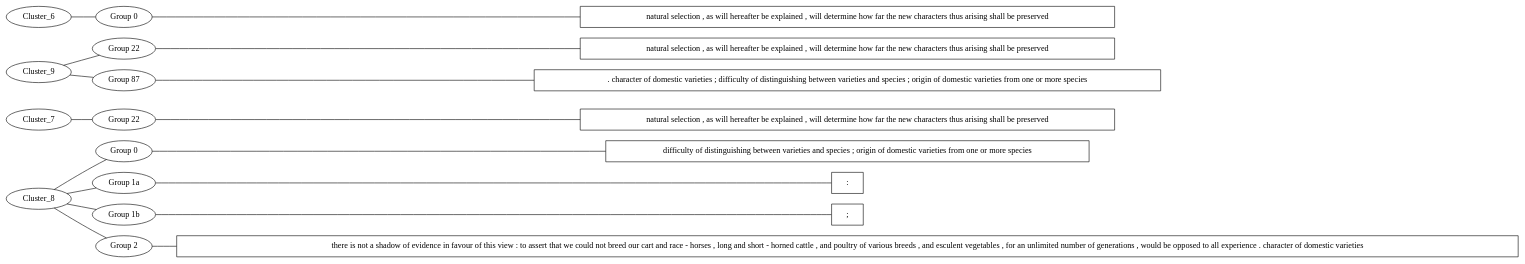
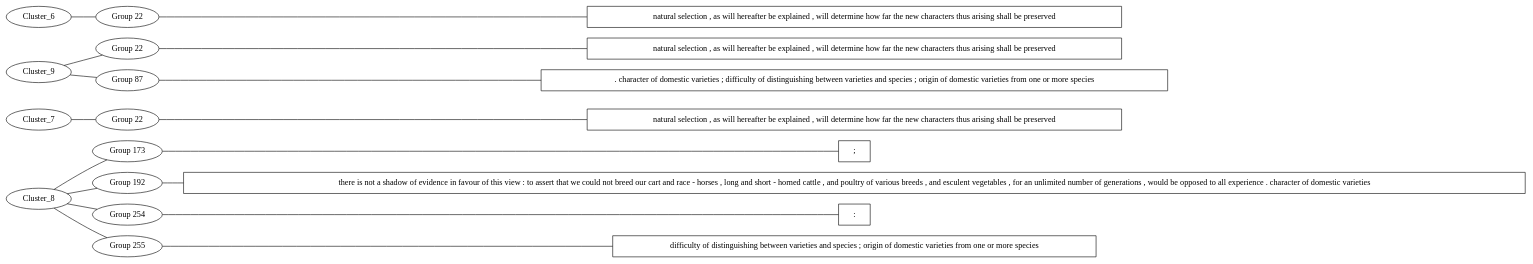
The diagram in src/main/outputs/hypergraph.dot (djbpitt/scala-graphing-sandbox), drawn with Graphviz before and after one commit. The commit also changed 3 other files, not shown here.

```diff
--- a/src/main/outputs/hypergraph.dot
+++ b/src/main/outputs/hypergraph.dot
@@ -1,35 +1,35 @@
 graph MyGraph {
 rankdir = LR
-"Cluster_8_2_reading" [shape=box label="there is not a shadow of evidence in favour of this view : to assert that we could not breed our cart and race - horses , long and short - horned cattle , and poultry of various breeds , and esculent vegetables , for an unlimited number of generations , would be opposed to all experience . character of domestic varieties "]
-"Cluster_8_1b_reading" [shape=box label="; "]
-"Cluster_8_1a_reading" [shape=box label=": "]
-"Cluster_8_0_reading" [shape=box label="difficulty of distinguishing between varieties and species ; origin of domestic varieties from one or more species "]
-"Cluster_8_0" [label="Group 0"]
-"Cluster_8_1a" [label="Group 1a"]
-"Cluster_8_1b" [label="Group 1b"]
-"Cluster_8_2" [label="Group 2"]
-"Cluster_8_2" -- "Cluster_8_2_reading"
-"Cluster_8_1b" -- "Cluster_8_1b_reading"
-"Cluster_8_1a" -- "Cluster_8_1a_reading"
-"Cluster_8_0" -- "Cluster_8_0_reading"
-Cluster_8 -- "Cluster_8_2"
-Cluster_8 -- "Cluster_8_1b"
-Cluster_8 -- "Cluster_8_1a"
-Cluster_8 -- "Cluster_8_0"
+"Cluster_8_255_reading" [shape=box label="difficulty of distinguishing between varieties and species ; origin of domestic varieties from one or more species "]
+"Cluster_8_254_reading" [shape=box label=": "]
+"Cluster_8_192_reading" [shape=box label="there is not a shadow of evidence in favour of this view : to assert that we could not breed our cart and race - horses , long and short - horned cattle , and poultry of various breeds , and esculent vegetables , for an unlimited number of generations , would be opposed to all experience . character of domestic varieties "]
+"Cluster_8_173_reading" [shape=box label="; "]
+"Cluster_8_173" [label="Group 173"]
+"Cluster_8_192" [label="Group 192"]
+"Cluster_8_254" [label="Group 254"]
+"Cluster_8_255" [label="Group 255"]
+"Cluster_8_255" -- "Cluster_8_255_reading"
+"Cluster_8_254" -- "Cluster_8_254_reading"
+"Cluster_8_192" -- "Cluster_8_192_reading"
+"Cluster_8_173" -- "Cluster_8_173_reading"
+Cluster_8 -- "Cluster_8_255"
+Cluster_8 -- "Cluster_8_254"
+Cluster_8 -- "Cluster_8_192"
+Cluster_8 -- "Cluster_8_173"
 "Cluster_7_22_reading" [shape=box label="natural selection , as will hereafter be explained , will determine how far the new characters thus arising shall be preserved "]
 "Cluster_7_22" [label="Group 22"]
 "Cluster_7_22" -- "Cluster_7_22_reading"
 Cluster_7 -- "Cluster_7_22"
 "Cluster_9_87_reading" [shape=box label=". character of domestic varieties ; difficulty of distinguishing between varieties and species ; origin of domestic varieties from one or more species "]
 "Cluster_9_22_reading" [shape=box label="natural selection , as will hereafter be explained , will determine how far the new characters thus arising shall be preserved "]
 "Cluster_9_22" [label="Group 22"]
 "Cluster_9_87" [label="Group 87"]
 "Cluster_9_87" -- "Cluster_9_87_reading"
 "Cluster_9_22" -- "Cluster_9_22_reading"
 Cluster_9 -- "Cluster_9_87"
 Cluster_9 -- "Cluster_9_22"
-"Cluster_6_0_reading" [shape=box label="natural selection , as will hereafter be explained , will determine how far the new characters thus arising shall be preserved "]
-"Cluster_6_0" [label="Group 0"]
-"Cluster_6_0" -- "Cluster_6_0_reading"
-Cluster_6 -- "Cluster_6_0"
+"Cluster_6_22_reading" [shape=box label="natural selection , as will hereafter be explained , will determine how far the new characters thus arising shall be preserved "]
+"Cluster_6_22" [label="Group 22"]
+"Cluster_6_22" -- "Cluster_6_22_reading"
+Cluster_6 -- "Cluster_6_22"
 }
```
